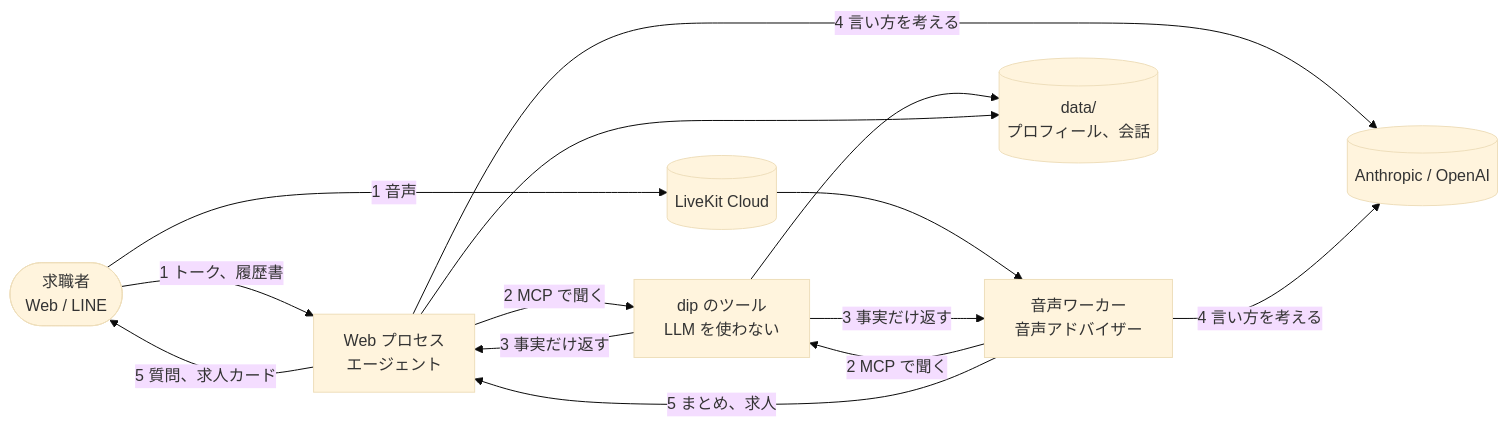
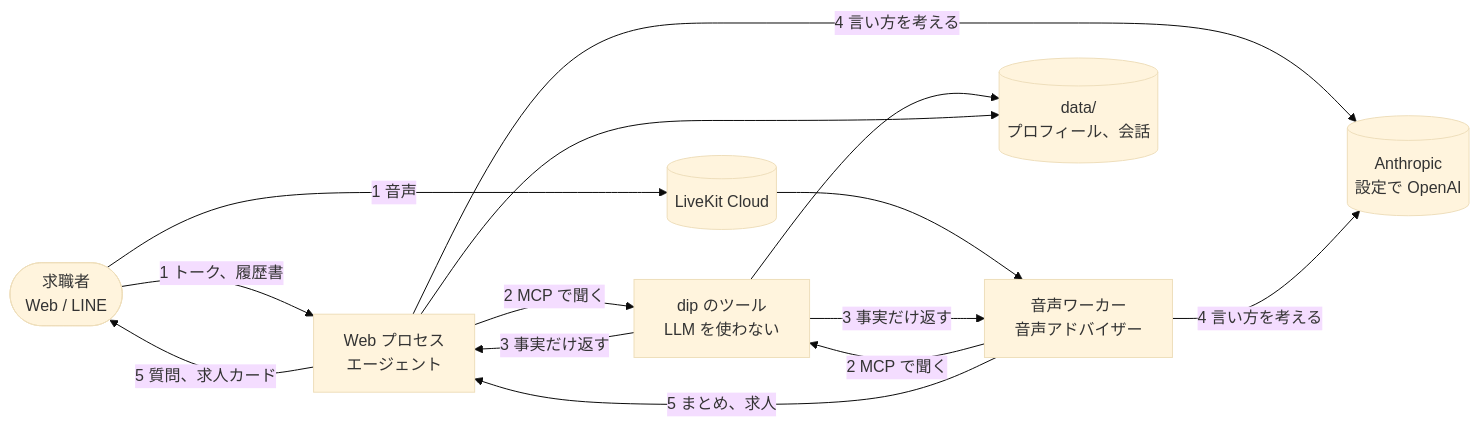
The diagram in README.md (jyoka/aica), drawn with Mermaid (base theme) before and after one commit. The commit also changed 2 other files, not shown here.

Commit message:
バナーの読み上げ文と、図の LLM の書き方を直す

````diff
--- a/README.md
+++ b/README.md
@@ -20,15 +20,15 @@
 ```mermaid
 flowchart LR
     you(["求職者<br/>Web / LINE"]) -- "1 トーク、履歴書" --> web["Web プロセス<br/>エージェント"]
     you -- "1 音声" --> lk[("LiveKit Cloud")] --> worker["音声ワーカー<br/>音声アドバイザー"]
     web -- "2 MCP で聞く" --> dip["dip のツール<br/>LLM を使わない"]
     worker -- "2 MCP で聞く" --> dip
     dip -- "3 事実だけ返す" --> web
     dip -- "3 事実だけ返す" --> worker
-    web -- "4 言い方を考える" --> llm[("Anthropic / OpenAI")]
+    web -- "4 言い方を考える" --> llm[("Anthropic<br/>設定で OpenAI")]
     worker -- "4 言い方を考える" --> llm
     web -- "5 質問、求人カード" --> you
     worker -- "5 まとめ、求人" --> web
     dip --> data[("data/<br/>プロフィール、会話")]
     web --> data
 ```
````
